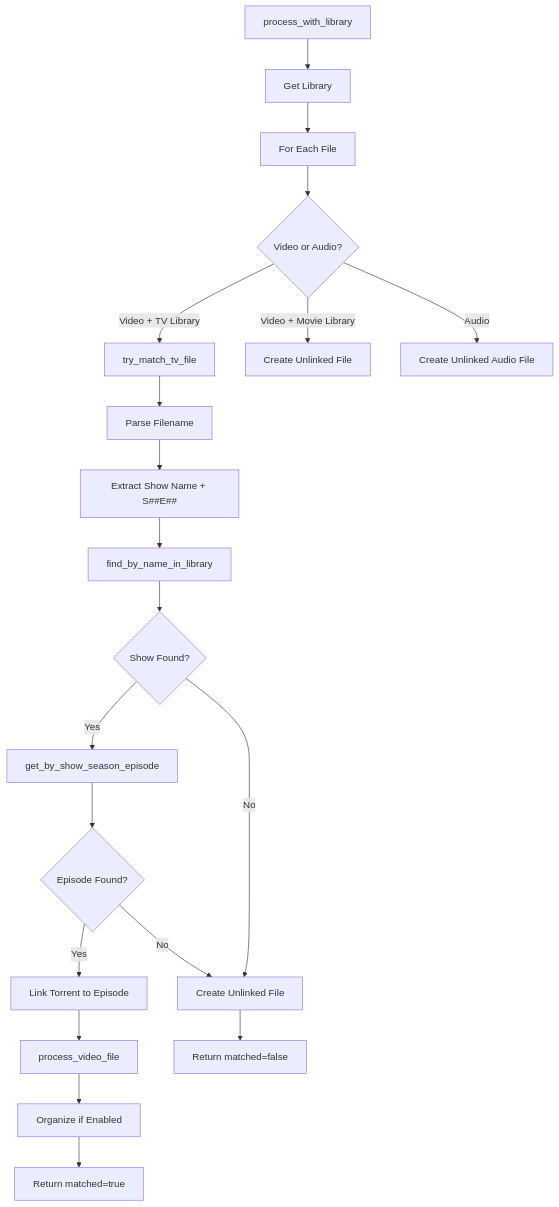
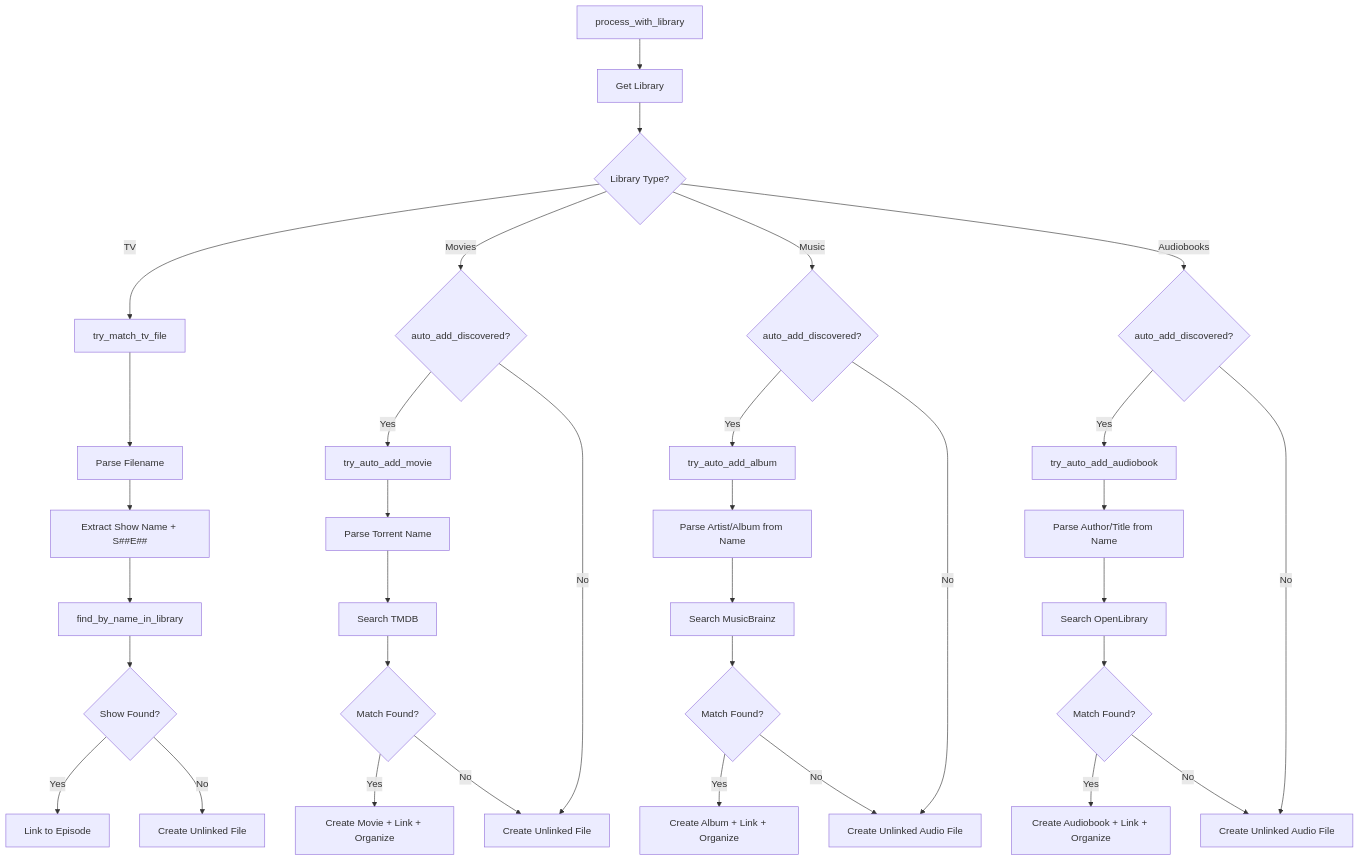
The tenth of 20 diagrams in docs/flows.md (Dastari/librarian), drawn with Mermaid before and after one commit. The commit also changed other lines of this file and 177 other files, not shown here.

````diff
--- a/docs/flows.md
+++ b/docs/flows.md
@@ -339,28 +343,41 @@
 ```mermaid
 flowchart TD
     A[process_with_library] --> B[Get Library]
-    B --> C[For Each File]
-    C --> D{Video or Audio?}
+    B --> C{Library Type?}
     
-    D -->|Video + TV Library| E[try_match_tv_file]
-    D -->|Video + Movie Library| F[Create Unlinked File]
-    D -->|Audio| G[Create Unlinked Audio File]
+    C -->|TV| D[try_match_tv_file]
+    C -->|Movies| E{auto_add_discovered?}
+    C -->|Music| F{auto_add_discovered?}
+    C -->|Audiobooks| G{auto_add_discovered?}
     
-    E --> H[Parse Filename]
+    D --> H[Parse Filename]
     H --> I[Extract Show Name + S##E##]
     I --> J[find_by_name_in_library]
     J --> K{Show Found?}
-    
-    K -->|Yes| L[get_by_show_season_episode]
+    K -->|Yes| L[Link to Episode]
     K -->|No| M[Create Unlinked File]
     
-    L --> N{Episode Found?}
-    N -->|Yes| O[Link Torrent to Episode]
-    N -->|No| M
+    E -->|Yes| N[try_auto_add_movie]
+    E -->|No| O[Create Unlinked File]
+    N --> P[Parse Torrent Name]
+    P --> Q[Search TMDB]
+    Q --> R{Match Found?}
+    R -->|Yes| S[Create Movie + Link + Organize]
+    R -->|No| O
     
-    O --> P[process_video_file]
-    P --> Q[Organize if Enabled]
-    Q --> R[Return matched=true]
+    F -->|Yes| T[try_auto_add_album]
+    F -->|No| U[Create Unlinked Audio File]
+    T --> V[Parse Artist/Album from Name]
+    V --> W[Search MusicBrainz]
+    W --> X{Match Found?}
+    X -->|Yes| Y[Create Album + Link + Organize]
+    X -->|No| U
     
-    M --> S[Return matched=false]
+    G -->|Yes| Z[try_auto_add_audiobook]
+    G -->|No| AA[Create Unlinked Audio File]
+    Z --> AB[Parse Author/Title from Name]
+    AB --> AC[Search OpenLibrary]
+    AC --> AD{Match Found?}
+    AD -->|Yes| AE[Create Audiobook + Link + Organize]
+    AD -->|No| AA
 ```
````
